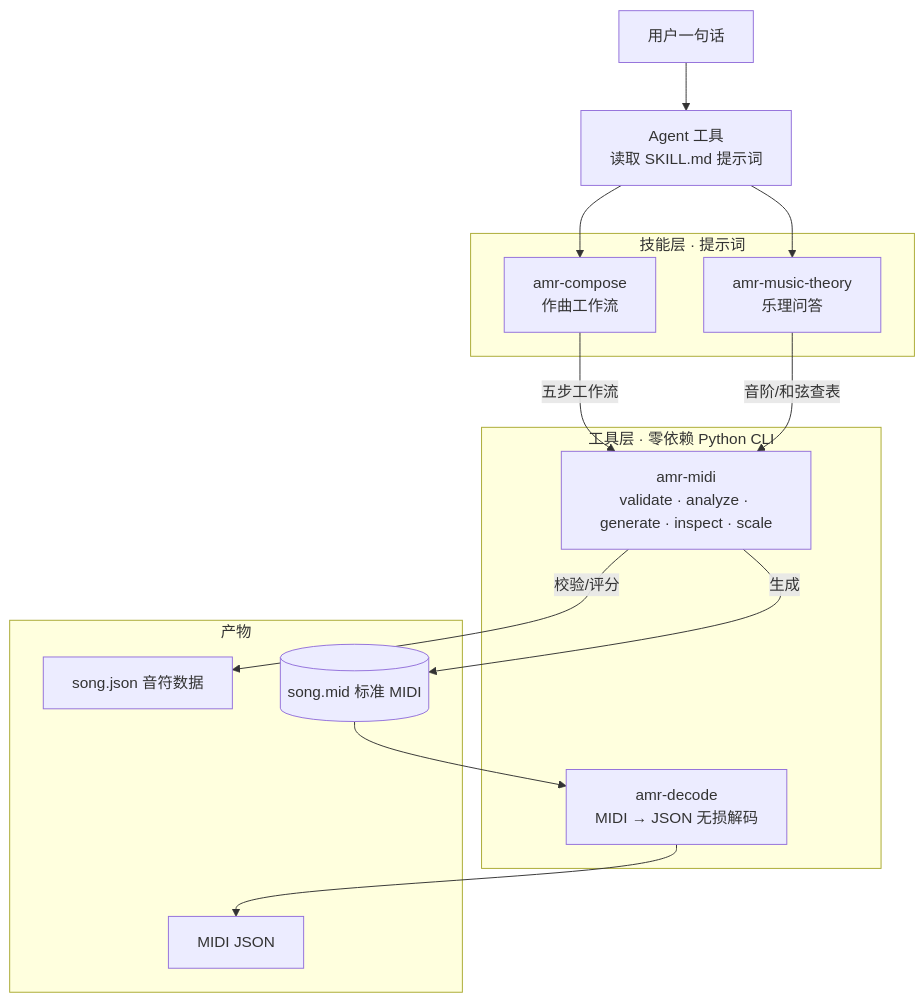
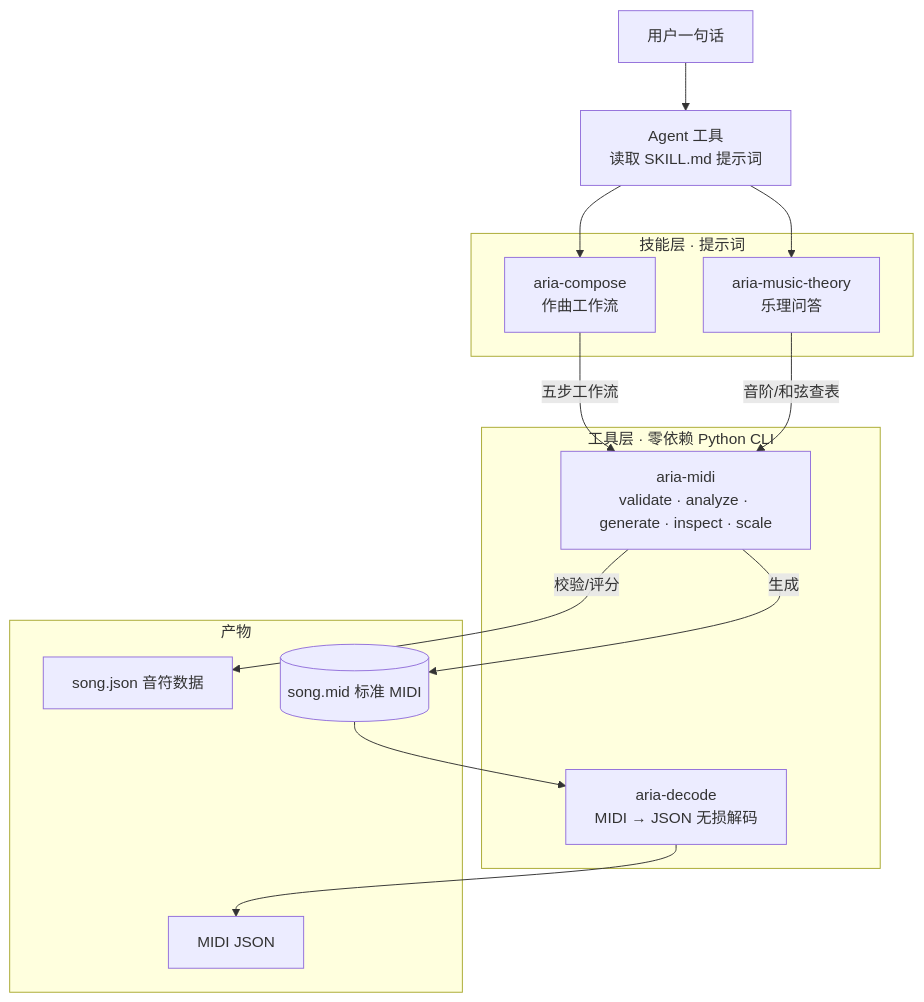
One commit to M7ui/Aria_Skills changed the diagram in README.md. Above: the diagram before and after it, drawn with Mermaid. The commit also changed other lines of this file and 27 other files, not shown here.

Commit message:
refactor: 项目更名为 Aria（品牌 AMIDI→Aria，前缀 amr→aria，目录/CLI/文档/首页全量同步）

````diff
--- a/README.md
+++ b/README.md
@@ -50,29 +50,29 @@
 ```mermaid
 flowchart TB
     User[用户一句话] --> Agent[Agent 工具<br/>读取 SKILL.md 提示词]
 
     subgraph Skills[技能层 · 提示词]
-        Compose[amr-compose<br/>作曲工作流]
-        Theory[amr-music-theory<br/>乐理问答]
+        Compose[aria-compose<br/>作曲工作流]
+        Theory[aria-music-theory<br/>乐理问答]
     end
 
     subgraph Toolkit[工具层 · 零依赖 Python CLI]
-        Midi[amr-midi<br/>validate · analyze · generate · inspect · scale]
-        Decode[amr-decode<br/>MIDI → JSON 无损解码]
+        Midi[aria-midi<br/>validate · analyze · generate · inspect · scale]
+        Decode[aria-decode<br/>MIDI → JSON 无损解码]
     end
 
     subgraph Output[产物]
         Song[song.json 音符数据]
         MidiFile[(song.mid 标准 MIDI)]
         MidiJson[MIDI JSON]
     end
 
     Agent --> Compose
     Agent --> Theory
     Compose -->|五步工作流| Midi
     Theory -->|音阶/和弦查表| Midi
     Midi -->|校验/评分| Song
     Midi -->|生成| MidiFile
     MidiFile --> Decode
     Decode --> MidiJson
 ```
````
